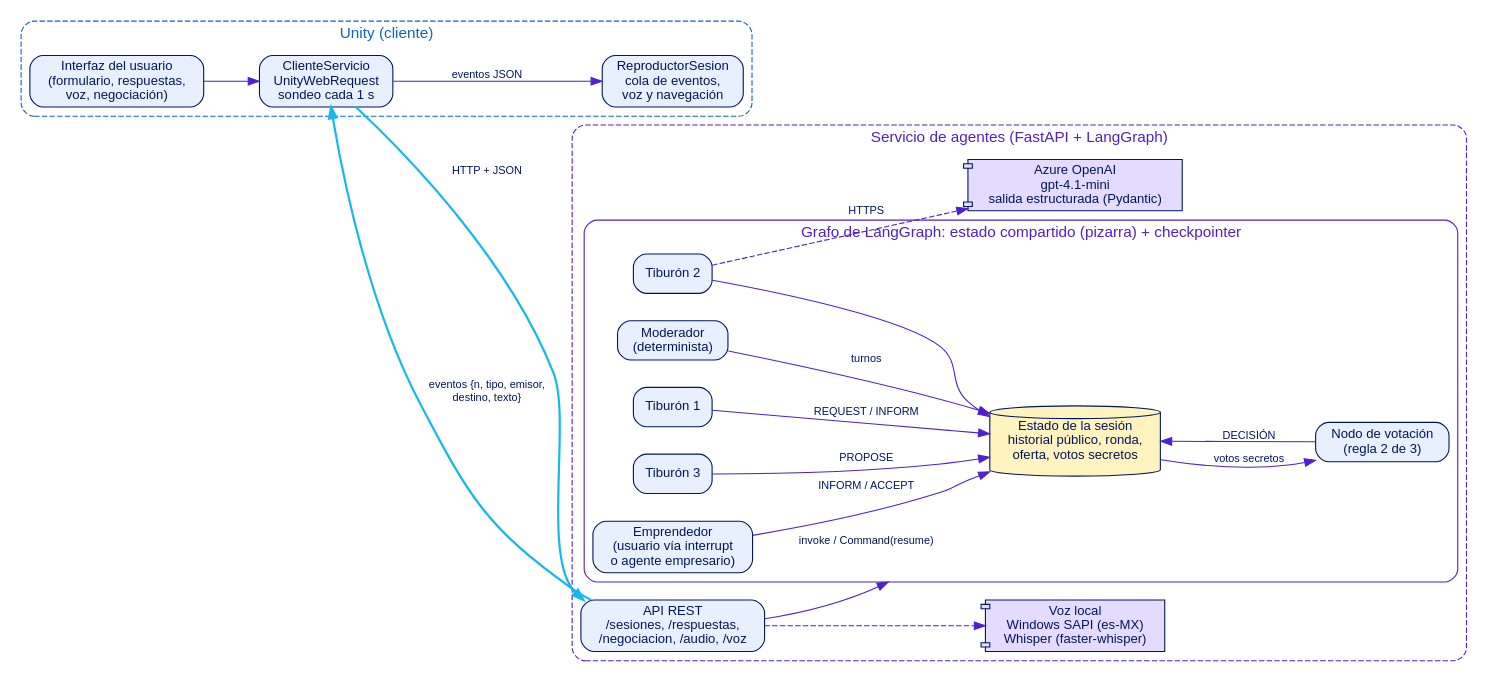
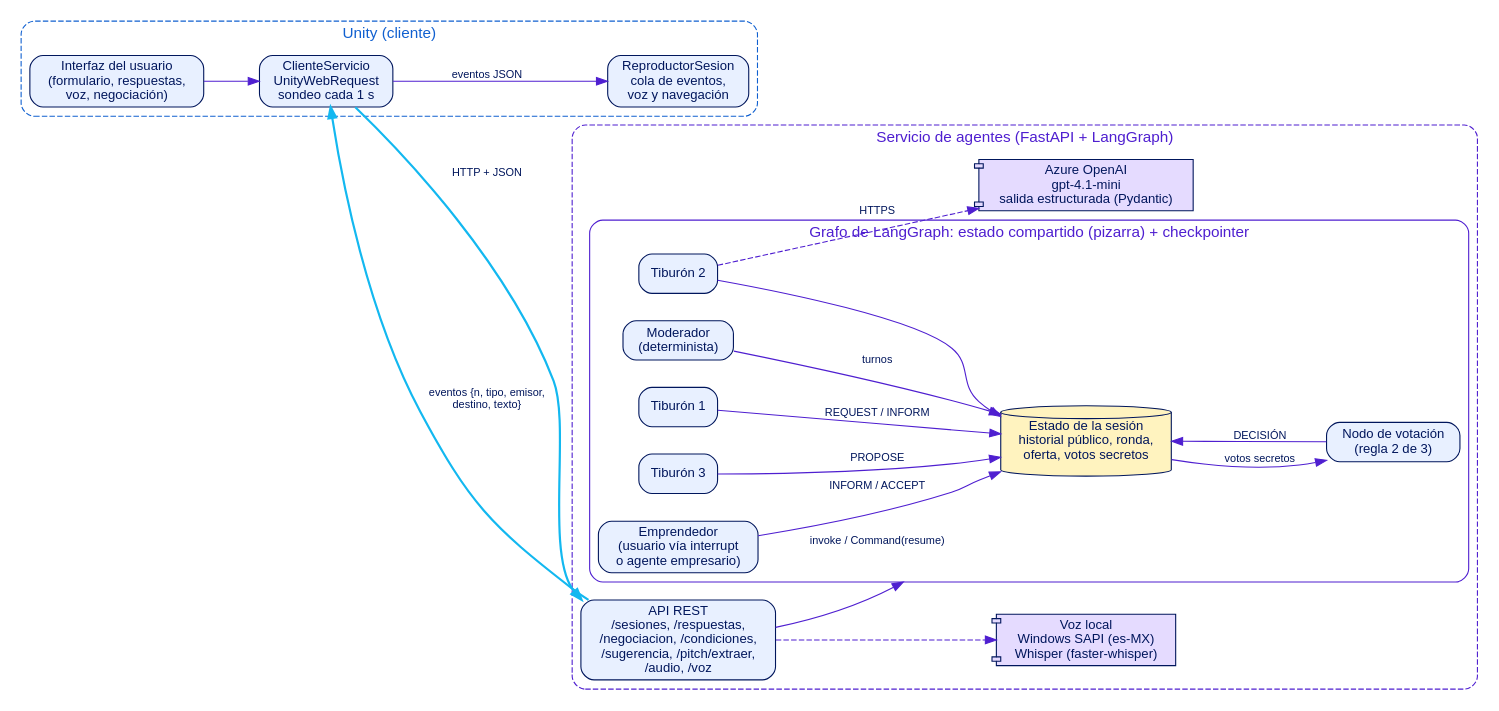
Before and after one commit to albertolopezb/NeuralHub: the diagram in docs/figuras/f11_arquitectura_comunicacion.dot, drawn with Graphviz. The commit also changed 39 other files, not shown here.

Commit message:
Corrige el audio cortado al responder, avisa mientras prepara la voz y alinea documento y diagramas con el sistema final

```diff
--- a/docs/figuras/f11_arquitectura_comunicacion.dot
+++ b/docs/figuras/f11_arquitectura_comunicacion.dot
@@ -1,16 +1,16 @@
 digraph G{ bgcolor=white; fontname="Helvetica"; node[fontname="Helvetica",fontsize=12,color="#00165C",fontcolor="#00165C",style="rounded,filled",fillcolor="#E8F0FF",shape=box]; edge[fontname="Helvetica",fontsize=10,color="#4F1FD0",fontcolor="#00165C"]; rankdir=LR; nodesep=.35; ranksep=.7; compound=true;
 subgraph cluster_u{label="Unity (cliente)";fontcolor="#1060D0";color="#1060D0";style="rounded,dashed";
  UI[label="Interfaz del usuario\n(formulario, respuestas,\nvoz, negociación)"]; CS[label="ClienteServicio\nUnityWebRequest\nsondeo cada 1 s"]; RP[label="ReproductorSesion\ncola de eventos,\nvoz y navegación"]; UI->CS; CS->RP[label="eventos JSON"];}
 subgraph cluster_s{label="Servicio de agentes (FastAPI + LangGraph)";fontcolor="#4F1FD0";color="#4F1FD0";style="rounded,dashed";
- API[label="API REST\n/sesiones, /respuestas,\n/negociacion, /audio, /voz"];
+ API[label="API REST\n/sesiones, /respuestas,\n/negociacion, /condiciones,\n/sugerencia, /pitch/extraer,\n/audio, /voz"];
  subgraph cluster_g{label="Grafo de LangGraph: estado compartido (pizarra) + checkpointer";fontcolor="#4F1FD0";color="#4F1FD0";style="rounded";
   ST[label="Estado de la sesión\nhistorial público, ronda,\noferta, votos secretos",shape=cylinder,fillcolor="#FFF3BF"];
   MOD[label="Moderador\n(determinista)"]; T1[label="Tiburón 1"]; T2[label="Tiburón 2"]; T3[label="Tiburón 3"]; VOT[label="Nodo de votación\n(regla 2 de 3)"]; EMP[label="Emprendedor\n(usuario vía interrupt\no agente empresario)"];
   MOD->ST[label="turnos"]; T1->ST[label="REQUEST / INFORM"]; T2->ST; T3->ST[label="PROPOSE"]; ST->VOT[label="votos secretos"]; VOT->ST[label="DECISIÓN"]; EMP->ST[label="INFORM / ACCEPT"];
  }
  LLM[label="Azure OpenAI\ngpt-4.1-mini\nsalida estructurada (Pydantic)",shape=component,fillcolor="#E5DBFF"];
  VOZ[label="Voz local\nWindows SAPI (es-MX)\nWhisper (faster-whisper)",shape=component,fillcolor="#E5DBFF"];
  API->ST[label="invoke / Command(resume)",lhead=cluster_g]; T2->LLM[label="HTTPS",style=dashed]; API->VOZ[style=dashed];
 }
 CS->API[label="HTTP + JSON",color="#13B8F0",penwidth=2]; API->CS[label="eventos {n, tipo, emisor,\ndestino, texto}",color="#13B8F0",penwidth=2];
 }
```
